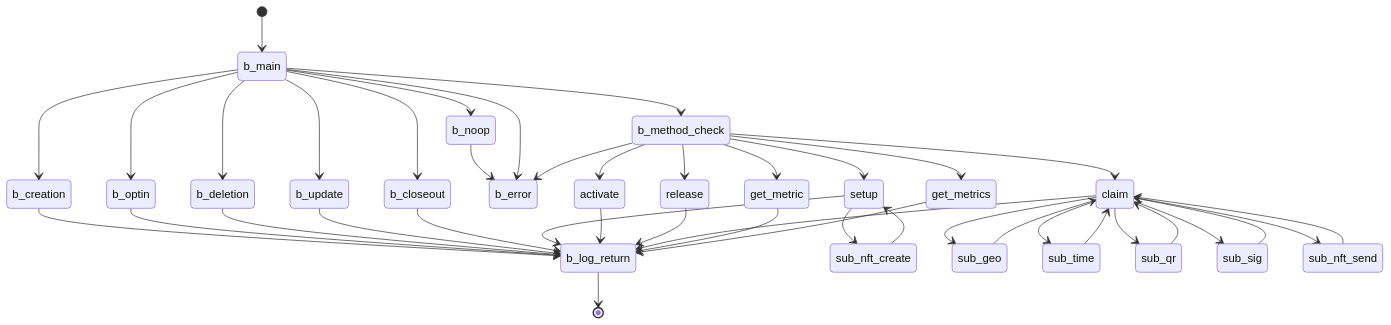
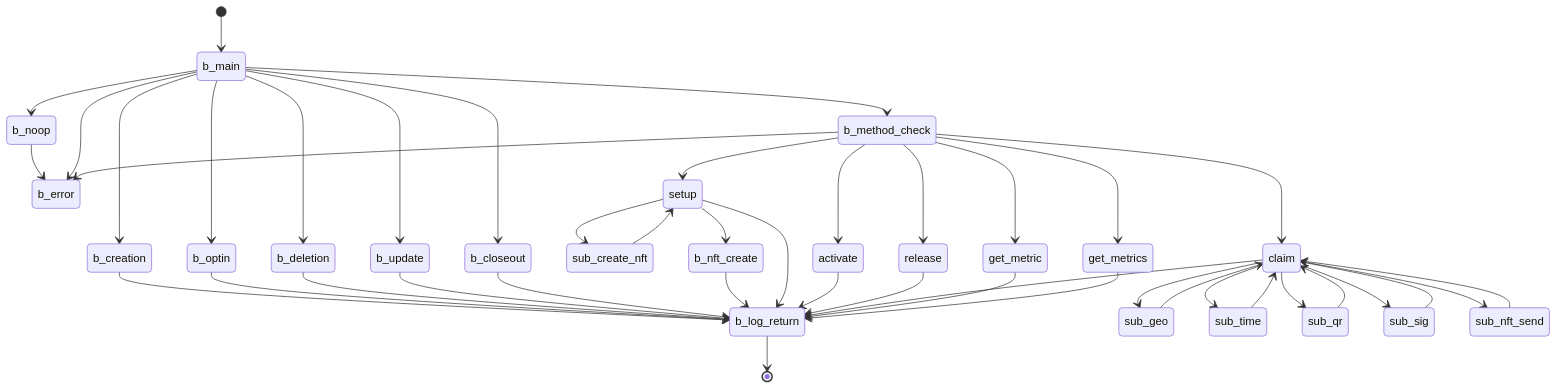
One commit to GoPlausible/.github changed the ninth of 10 diagrams in profile/README.md. Above: the diagram before and after it, drawn with Mermaid. The commit also changed other lines of this file, not shown here.

````diff
--- a/profile/README.md
+++ b/profile/README.md
@@ -505,58 +505,60 @@
 ```mermaid
   stateDiagram-v2
     [*] --> b_main
     b_main --> b_method_check
     b_main --> b_creation
     b_creation --> b_log_return
     b_main --> b_optin
     b_optin --> b_log_return
     b_main --> b_deletion
     b_deletion --> b_log_return
     b_main --> b_update
     b_update --> b_log_return
     b_main --> b_closeout
     b_closeout --> b_log_return
 
  
     b_main --> b_noop
     
     b_noop --> b_error
     b_main --> b_error
   
 
     b_method_check --> setup
-    setup --> sub_nft_create
-    sub_nft_create --> setup
+    setup --> sub_create_nft
+    setup --> b_nft_create
+    sub_create_nft --> setup
+    b_nft_create --> b_log_return
     setup --> b_log_return
 
     b_method_check --> activate
     activate --> b_log_return
 
     b_method_check --> release
     release --> b_log_return
 
     b_method_check --> claim
     claim --> sub_geo
     sub_geo --> claim
     claim --> sub_time
     sub_time --> claim
     claim --> sub_qr
     sub_qr --> claim
     claim --> sub_sig
     sub_sig --> claim
     claim --> sub_nft_send
     sub_nft_send --> claim
     claim --> b_log_return
 
   
     b_method_check --> get_metric
     get_metric --> b_log_return
     
   
     b_method_check --> get_metrics
     get_metrics --> b_log_return
     b_method_check --> b_error
     
     b_log_return --> [*]
     
 ```
````
